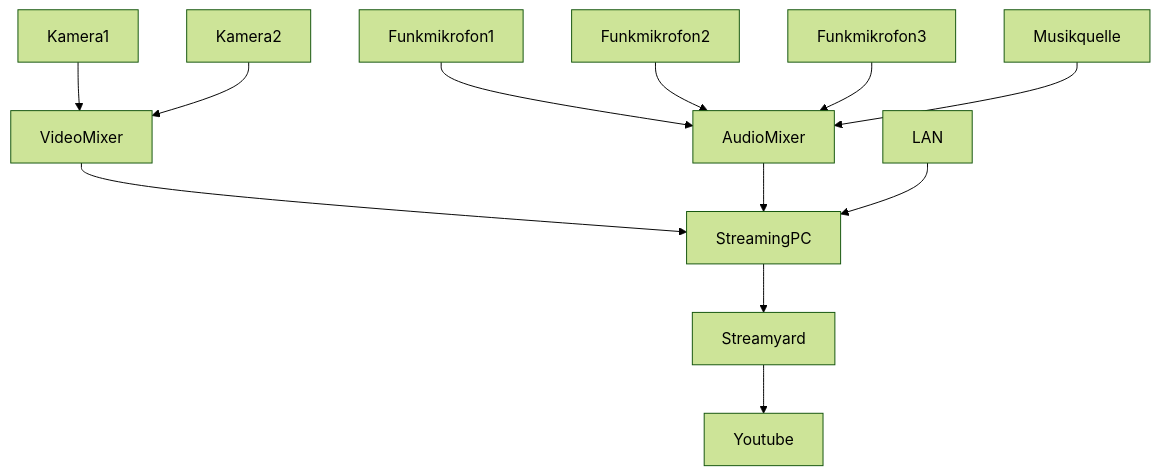
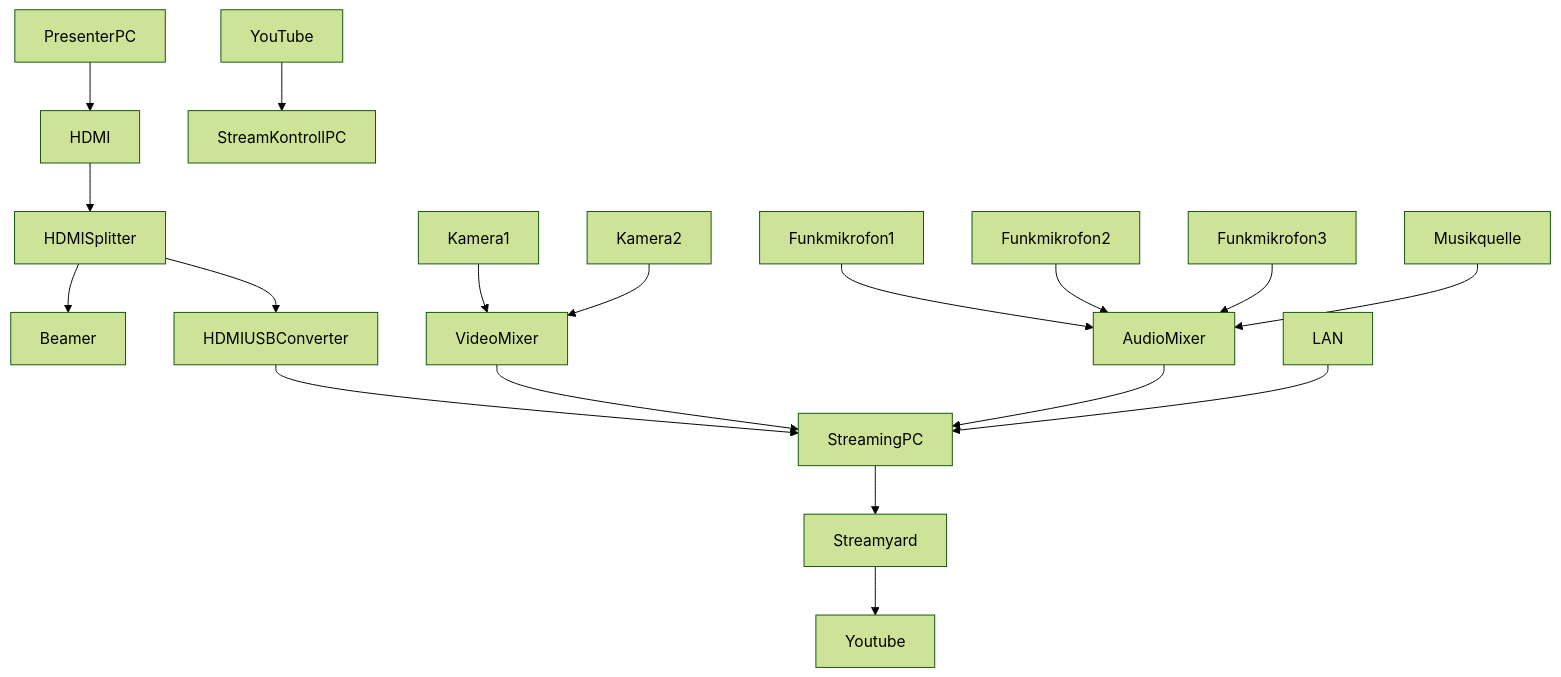
The first of 2 diagrams in loscon22/Readme.md (cogneon/digital-asset-pool), drawn with Mermaid (forest theme) before and after one commit.

````diff
--- a/loscon22/Readme.md
+++ b/loscon22/Readme.md
@@ -18,14 +18,20 @@
 ```mermaid
   graph TD;
+      PresenterPC-->HDMI;
+      HDMI-->HDMISplitter;
+      HDMISplitter-->Beamer;
+      HDMISplitter-->HDMIUSBConverter;
+      HDMIUSBConverter-->StreamingPC;
       Funkmikrofon1-->AudioMixer;
       Funkmikrofon2-->AudioMixer;
       Funkmikrofon3-->AudioMixer;
       Musikquelle-->AudioMixer;
       Kamera1-->VideoMixer;
       Kamera2-->VideoMixer;
       VideoMixer-->StreamingPC;
       AudioMixer-->StreamingPC;
       LAN-->StreamingPC;
       StreamingPC-->Streamyard;
       Streamyard-->Youtube;
+      YouTube-->StreamKontrollPC;
 ```
````
